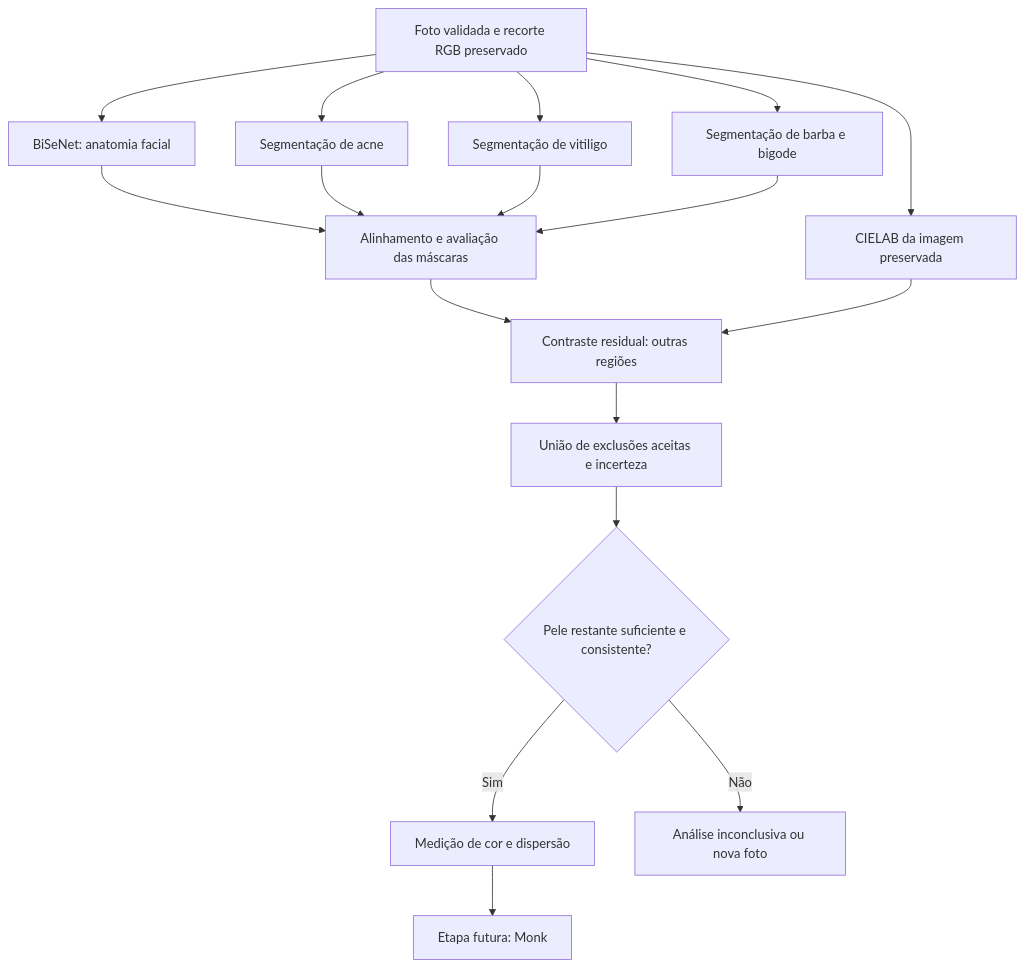
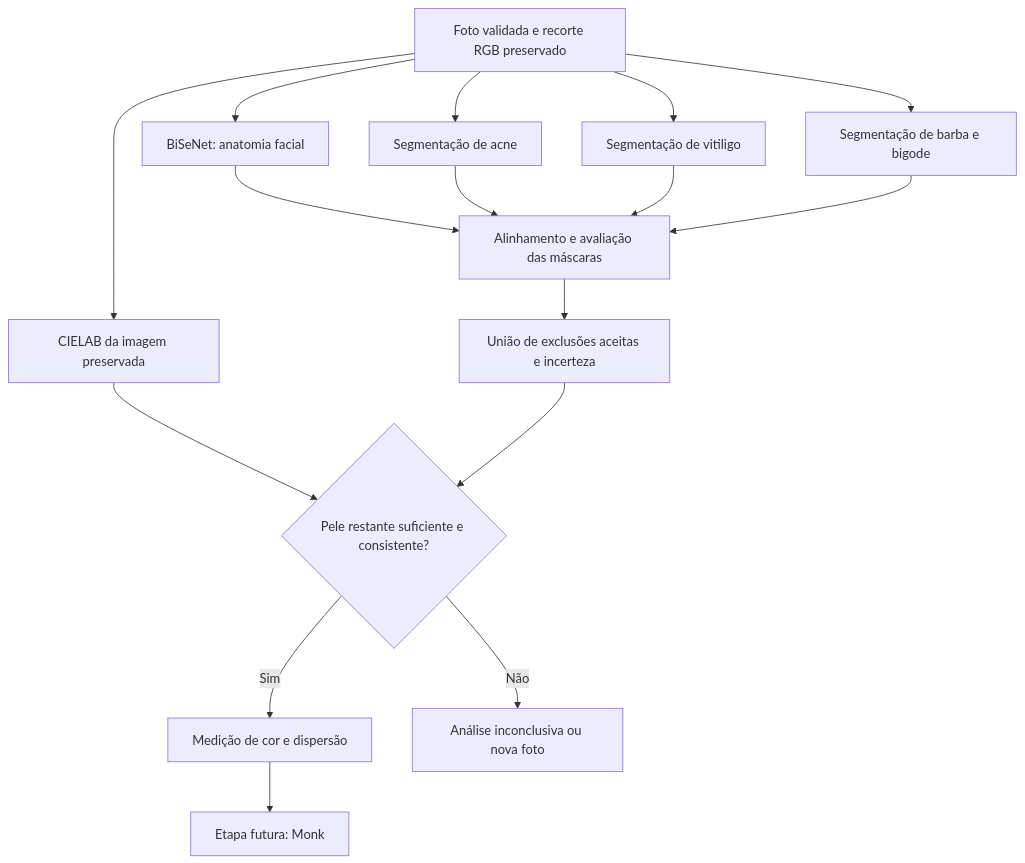
The diagram in docs/PLANO_SELECAO_PELE.md (heramenezes/maquiagem_temp), drawn with Mermaid before and after one commit. The commit also changed other lines of this file and 22 other files, not shown here.

````diff
--- a/docs/PLANO_SELECAO_PELE.md
+++ b/docs/PLANO_SELECAO_PELE.md
@@ -28,19 +27,18 @@
 ```mermaid
 flowchart TD
     A[Foto validada e recorte RGB preservado] --> B[BiSeNet: anatomia facial]
     A --> C[Segmentação de acne]
     A --> D[Segmentação de vitiligo]
     A --> E[Segmentação de barba e bigode]
     A --> L[CIELAB da imagem preservada]
     B --> F[Alinhamento e avaliação das máscaras]
     C --> F
     D --> F
     E --> F
-    F --> G[Contraste residual: outras regiões]
-    L --> G
-    G --> H[União de exclusões aceitas e incerteza]
+    F --> H[União de exclusões aceitas e incerteza]
+    L --> I
     H --> I{Pele restante suficiente e consistente?}
     I -->|Sim| J[Medição de cor e dispersão]
     J --> K[Etapa futura: Monk]
     I -->|Não| N[Análise inconclusiva ou nova foto]
 ```
````
